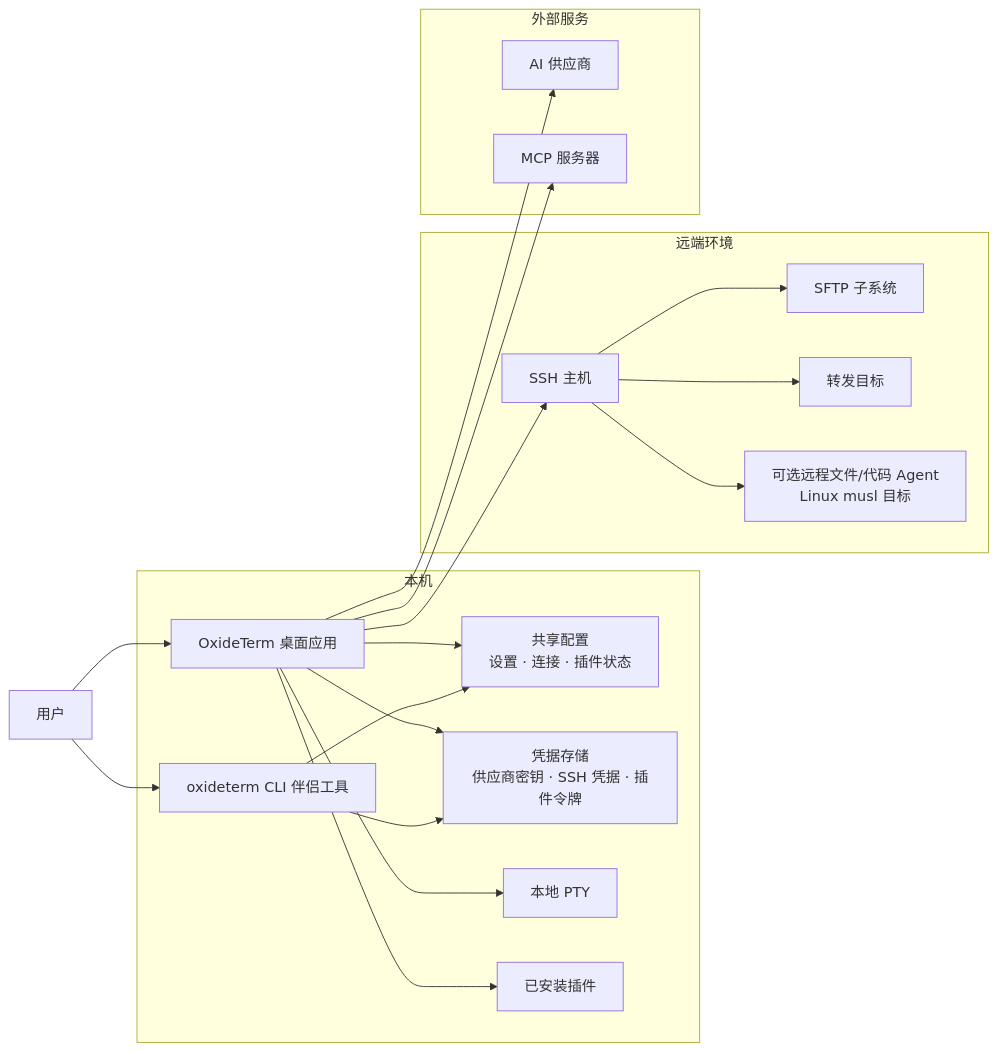
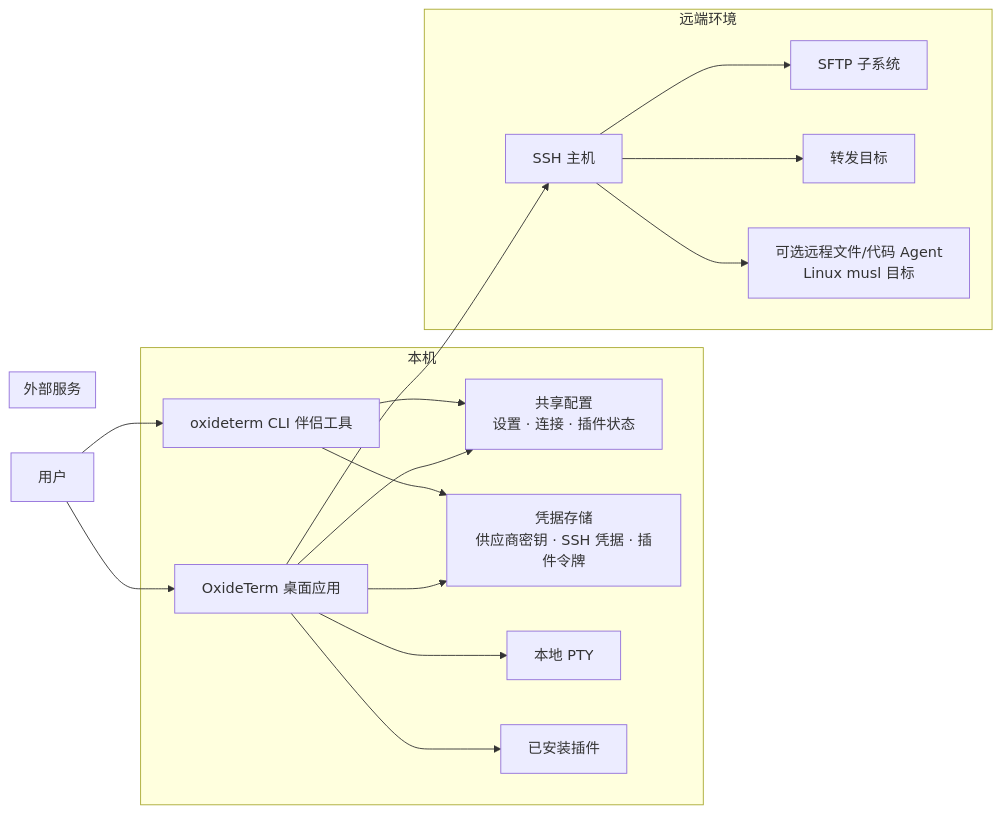
The second of 12 diagrams in docs/user-guide/zh-Hans/architecture.md (imeilige/oxideterm), drawn with Mermaid before and after one commit. The commit also changed other lines of this file and 339 other files, not shown here.

````diff
--- a/docs/user-guide/zh-Hans/architecture.md
+++ b/docs/user-guide/zh-Hans/architecture.md
@@ -155,39 +149,35 @@
 ```mermaid
 flowchart LR
     User["用户"] --> App["OxideTerm 桌面应用"]
     User --> Cli["oxideterm CLI 伴侣工具"]
 
     subgraph Local["本机"]
         App
         Cli
         Config["共享配置<br/>设置 · 连接 · 插件状态"]
         Secrets["凭据存储<br/>供应商密钥 · SSH 凭据 · 插件令牌"]
         Pty["本地 PTY"]
         Plugins["已安装插件"]
     end
 
     subgraph Remote["远端环境"]
         SshHost["SSH 主机"]
         SftpHost["SFTP 子系统"]
         RemotePorts["转发目标"]
         Agent["可选远程文件/代码 Agent<br/>Linux musl 目标"]
     end
 
     subgraph External["外部服务"]
-        AiProviders["AI 供应商"]
-        McpServers["MCP 服务器"]
     end
 
     App --> Config
     Cli --> Config
     App --> Secrets
     Cli --> Secrets
     App --> Pty
     App --> Plugins
     App --> SshHost
     SshHost --> SftpHost
     SshHost --> RemotePorts
     SshHost --> Agent
-    App --> AiProviders
-    App --> McpServers
 ```
````
